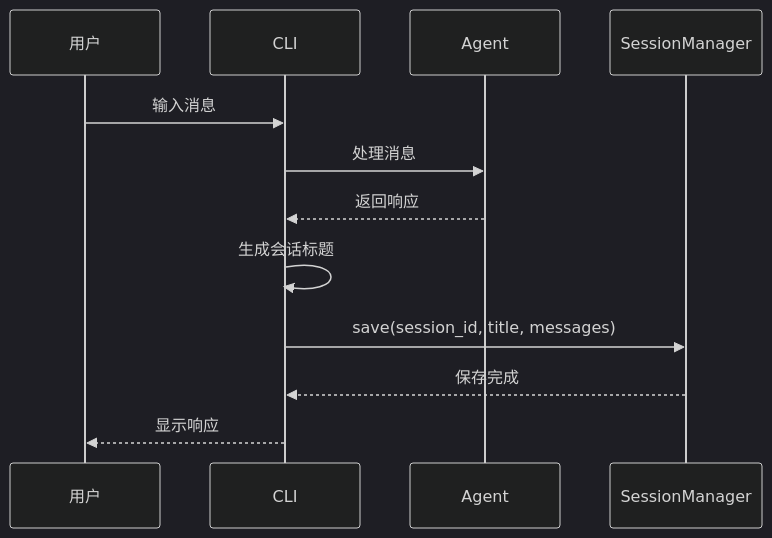
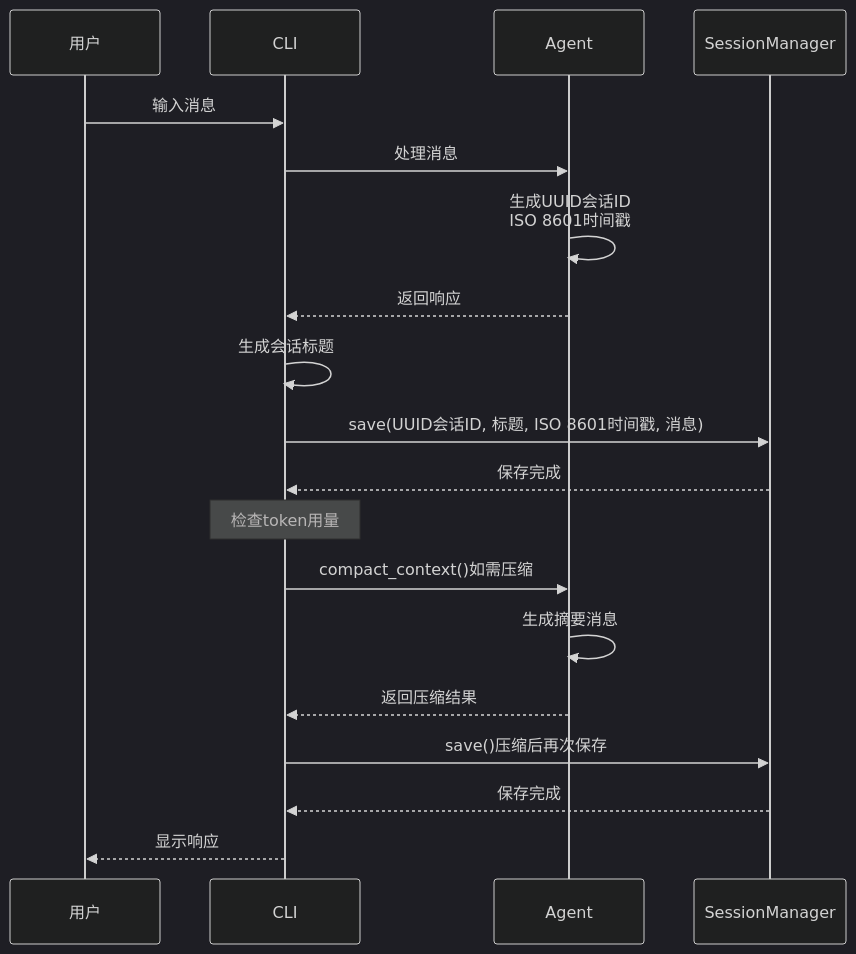
The fifth of 9 diagrams in .qoder/repowiki/zh/content/核心模块详解/会话持久化系统.md (250shiwo/MySmallAgent), drawn with Mermaid (dark theme) before and after one commit. The commit also changed other lines of this file and 41 other files, not shown here.

````diff
--- a/.qoder/repowiki/zh/content/核心模块详解/会话持久化系统.md
+++ b/.qoder/repowiki/zh/content/核心模块详解/会话持久化系统.md
@@ -211,14 +241,21 @@
 ```mermaid
 sequenceDiagram
 participant User as 用户
 participant CLI as CLI
 participant Agent as Agent
 participant SessionMgr as SessionManager
 User->>CLI : 输入消息
 CLI->>Agent : 处理消息
+Agent->>Agent : 生成UUID会话ID<br/>ISO 8601时间戳
 Agent-->>CLI : 返回响应
 CLI->>CLI : 生成会话标题
-CLI->>SessionMgr : save(session_id, title, messages)
+CLI->>SessionMgr : save(UUID会话ID, 标题, ISO 8601时间戳, 消息)
+SessionMgr-->>CLI : 保存完成
+Note over CLI : 检查token用量
+CLI->>Agent : compact_context()如需压缩
+Agent->>Agent : 生成摘要消息
+Agent-->>CLI : 返回压缩结果
+CLI->>SessionMgr : save()压缩后再次保存
 SessionMgr-->>CLI : 保存完成
 CLI-->>User : 显示响应
 ```
````
